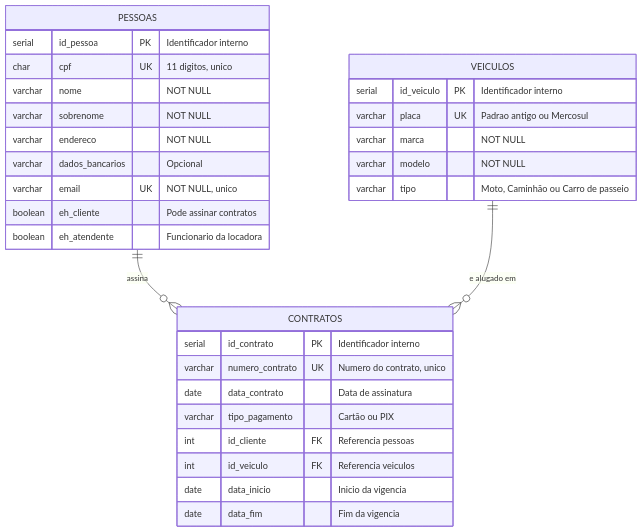
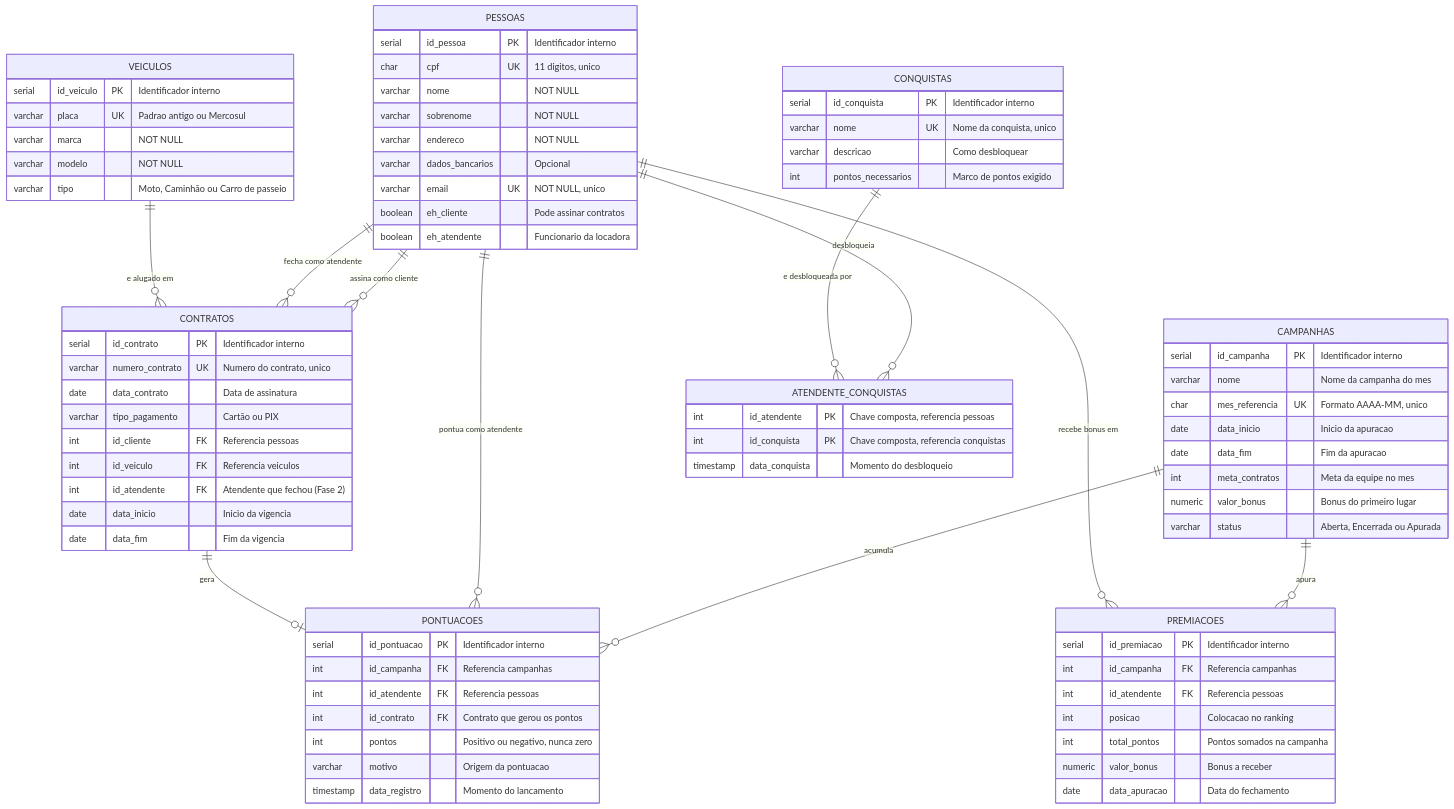
The diagram in README.md (hectorex/sistema-aluguel-carros-BD), drawn with Mermaid before and after one commit. The commit also changed other lines of this file and 2 other files, not shown here.

````diff
--- a/README.md
+++ b/README.md
@@ -41,7 +64,18 @@
 ```mermaid
 erDiagram
-    PESSOAS ||--o{ CONTRATOS : "assina"
+    PESSOAS  ||--o{ CONTRATOS : "assina como cliente"
+    PESSOAS  ||--o{ CONTRATOS : "fecha como atendente"
     VEICULOS ||--o{ CONTRATOS : "e alugado em"
+
+    CAMPANHAS ||--o{ PONTUACOES : "acumula"
+    PESSOAS   ||--o{ PONTUACOES : "pontua como atendente"
+    CONTRATOS ||--o| PONTUACOES : "gera"
+
+    PESSOAS    ||--o{ ATENDENTE_CONQUISTAS : "desbloqueia"
+    CONQUISTAS ||--o{ ATENDENTE_CONQUISTAS : "e desbloqueada por"
+
+    CAMPANHAS ||--o{ PREMIACOES : "apura"
+    PESSOAS   ||--o{ PREMIACOES : "recebe bonus em"
 
     PESSOAS {
         serial  id_pessoa       PK "Identificador interno"
@@ -70,7 +104,52 @@
         varchar tipo_pagamento     "Cartão ou PIX"
         int     id_cliente      FK "Referencia pessoas"
         int     id_veiculo      FK "Referencia veiculos"
+        int     id_atendente    FK "Atendente que fechou (Fase 2)"
         date    data_inicio        "Inicio da vigencia"
         date    data_fim           "Fim da vigencia"
     }
+
+    CAMPANHAS {
+        serial  id_campanha    PK "Identificador interno"
+        varchar nome              "Nome da campanha do mes"
+        char    mes_referencia UK "Formato AAAA-MM, unico"
+        date    data_inicio       "Inicio da apuracao"
+        date    data_fim          "Fim da apuracao"
+        int     meta_contratos    "Meta da equipe no mes"
+        numeric valor_bonus       "Bonus do primeiro lugar"
+        varchar status            "Aberta, Encerrada ou Apurada"
+    }
+
+    PONTUACOES {
+        serial    id_pontuacao  PK "Identificador interno"
+        int       id_campanha   FK "Referencia campanhas"
+        int       id_atendente  FK "Referencia pessoas"
+        int       id_contrato   FK "Contrato que gerou os pontos"
+        int       pontos           "Positivo ou negativo, nunca zero"
+        varchar   motivo           "Origem da pontuacao"
+        timestamp data_registro    "Momento do lancamento"
+    }
+
+    CONQUISTAS {
+        serial  id_conquista       PK "Identificador interno"
+        varchar nome               UK "Nome da conquista, unico"
+        varchar descricao             "Como desbloquear"
+        int     pontos_necessarios    "Marco de pontos exigido"
+    }
+
+    ATENDENTE_CONQUISTAS {
+        int       id_atendente   PK "Chave composta, referencia pessoas"
+        int       id_conquista   PK "Chave composta, referencia conquistas"
+        timestamp data_conquista    "Momento do desbloqueio"
+    }
+
+    PREMIACOES {
+        serial  id_premiacao  PK "Identificador interno"
+        int     id_campanha   FK "Referencia campanhas"
+        int     id_atendente  FK "Referencia pessoas"
+        int     posicao          "Colocacao no ranking"
+        int     total_pontos     "Pontos somados na campanha"
+        numeric valor_bonus      "Bonus a receber"
+        date    data_apuracao    "Data do fechamento"
+    }
 ```
````
